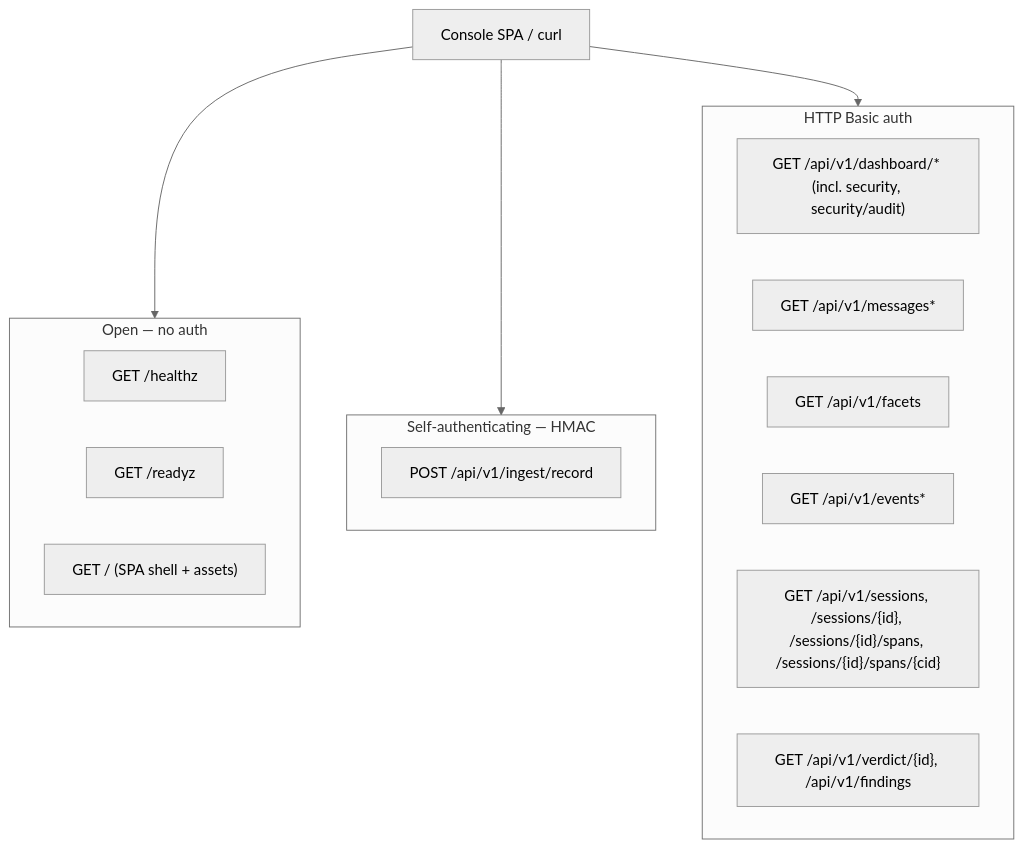
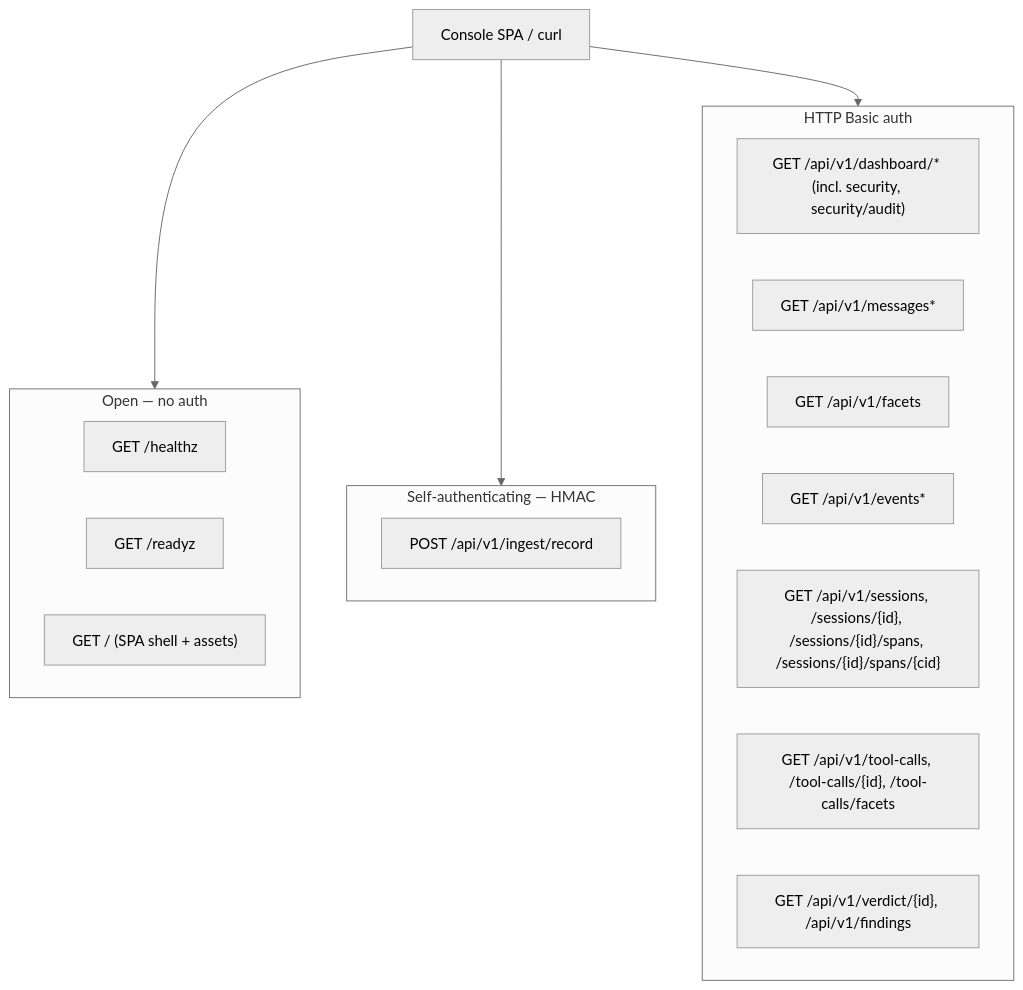
The diagram in docs/arbiter-api.md (andyjmorgan/slipspace-gateway), drawn with Mermaid (neutral theme) before and after one commit. The commit also changed other lines of this file and 14 other files, not shown here.

````diff
--- a/docs/arbiter-api.md
+++ b/docs/arbiter-api.md
@@ -23,23 +23,24 @@
 ```mermaid
 flowchart TD
   client[Console SPA / curl]
   subgraph open[Open — no auth]
     health["GET /healthz"]
     ready["GET /readyz"]
     spa["GET / (SPA shell + assets)"]
   end
   subgraph hmac[Self-authenticating — HMAC]
     ingest["POST /api/v1/ingest/record"]
   end
   subgraph gated[HTTP Basic auth]
     dash["GET /api/v1/dashboard/* (incl. security, security/audit)"]
     msgs["GET /api/v1/messages*"]
     facets["GET /api/v1/facets"]
     events["GET /api/v1/events*"]
     sessions["GET /api/v1/sessions, /sessions/{id}, /sessions/{id}/spans, /sessions/{id}/spans/{cid}"]
+    toolcalls["GET /api/v1/tool-calls, /tool-calls/{id}, /tool-calls/facets"]
     security["GET /api/v1/verdict/{id}, /api/v1/findings"]
   end
   client --> open
   client --> hmac
   client --> gated
 ```
````
